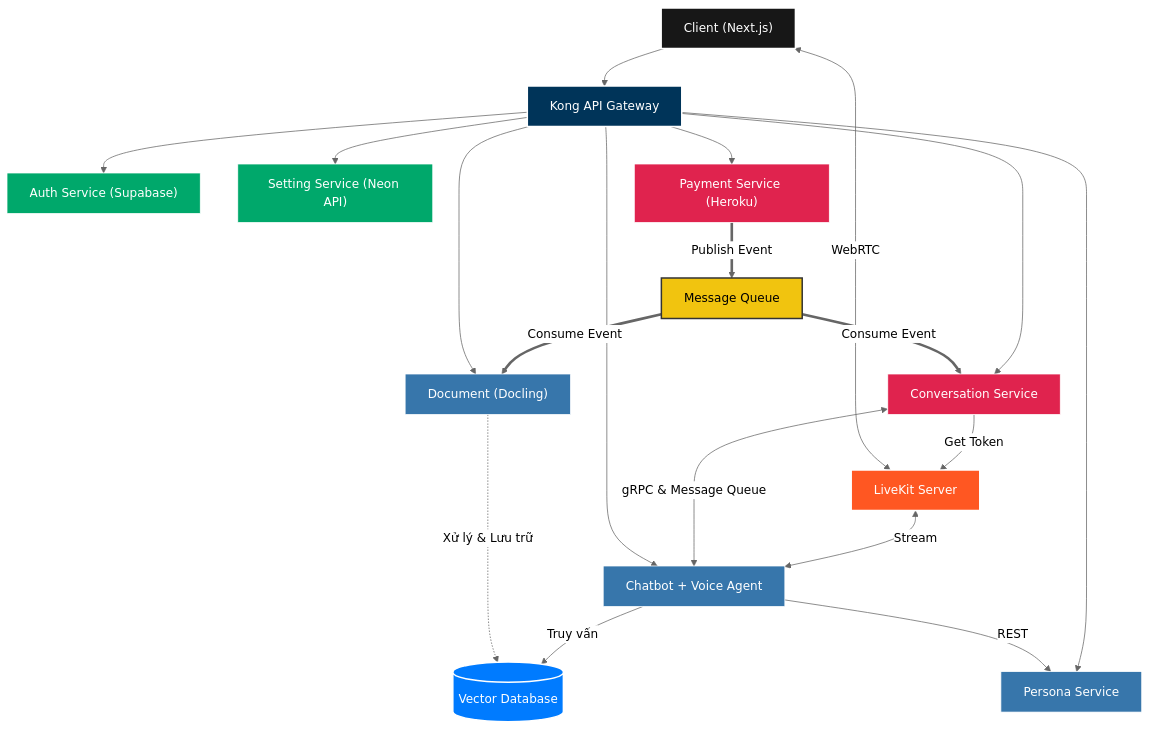
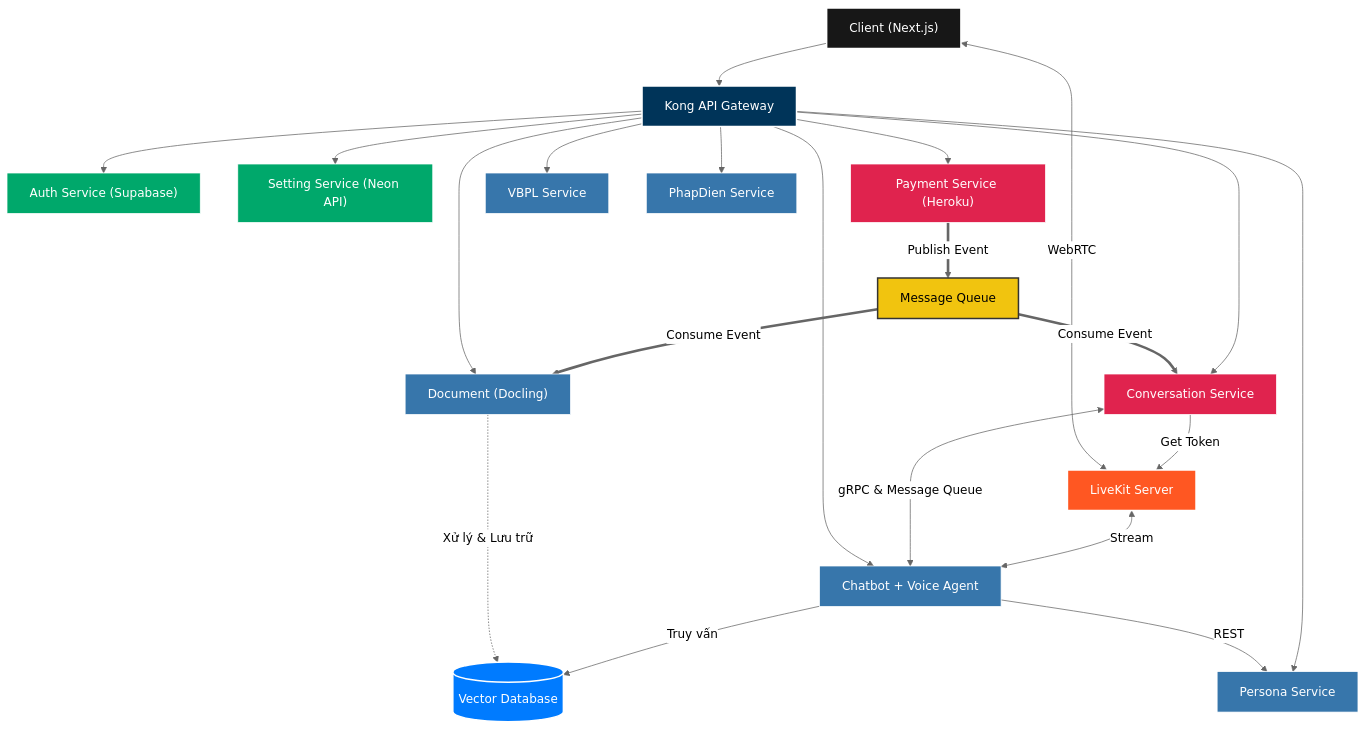
The diagram in docs/1. Tổng quan đề tài/1.2. Cơ sở lý thuyết/images/MSA.mmd (20206205Tech/docs-markdown), drawn with Mermaid (neutral theme) before and after one commit. The commit also changed 9 other files, not shown here.

```diff
--- a/docs/1. Tổng quan đề tài/1.2. Cơ sở lý thuyết/images/MSA.mmd
+++ b/docs/1. Tổng quan đề tài/1.2. Cơ sở lý thuyết/images/MSA.mmd
@@ -1,56 +1,65 @@
 graph TB
 
     classDef client fill:#171717,stroke:#fff,stroke-width:2px,color:#fff;
     classDef gateway fill:#003459,stroke:#fff,stroke-width:2px,color:#fff;
     classDef external_svc fill:#00a86b,stroke:#fff,stroke-width:1px,color:#fff;
     classDef internal_nest fill:#e0234e,stroke:#fff,stroke-width:1px,color:#fff;
     classDef internal_python fill:#3776ab,stroke:#fff,stroke-width:1px,color:#fff;
     classDef vector_db fill:#007BFF,stroke:#fff,stroke-width:2px,color:#fff;
     classDef mq fill:#f1c40f,stroke:#333,stroke-width:2px,color:#000;
     classDef rtc fill:#ff5722,stroke:#fff,stroke-width:2px,color:#fff;
 
     Client["Client (Next.js)"]:::client
     Kong["Kong API Gateway"]:::gateway
 
     Auth["Auth Service (Supabase)"]:::external_svc
     Setting["Setting Service (Neon API)"]:::external_svc
     Payment["Payment Service (Heroku)"]:::internal_nest
 
     MQ["Message Queue"]:::mq
 
     LiveKit["LiveKit Server"]:::rtc
 
     Conv["Conversation Service"]:::internal_nest
     Persona["Persona Service"]:::internal_python
 
     Chatbot["Chatbot + Voice Agent"]:::internal_python
     Doc["Document (Docling)"]:::internal_python
 
     VectorDB[("Vector Database")]:::vector_db
 
+    %% --- ĐỊNH NGHĨA 2 SERVICE MỚI ---
+    VBPL["VBPL Service"]:::internal_python
+    PhapDien["PhapDien Service"]:::internal_python
+    %% --------------------------------
+
     LiveKit <-->|Stream| Chatbot
     Conv -->|Get Token| LiveKit
 
     Client --> Kong
     Client <-->|WebRTC| LiveKit
 
     Kong --> Auth
     Kong --> Setting
     Kong --> Payment
     Kong --> Conv
     Kong --> Persona
+
+    %% --- KẾT NỐI 2 SERVICE MỚI VỚI GATEWAY ---
+    Kong --> VBPL
+    Kong --> PhapDien
+    %% -----------------------------------------
 
     Conv <-->|gRPC & Message Queue| Chatbot
     Chatbot -->|REST | Persona
 
     Kong --> Chatbot
 
     Chatbot -->|Truy vấn| VectorDB
     Doc -.->|Xử lý & Lưu trữ| VectorDB
 
     Payment == Publish Event ==> MQ
     MQ == Consume Event ==> Conv
     MQ == Consume Event ==> Doc
 
-
     Kong --> Doc
```
